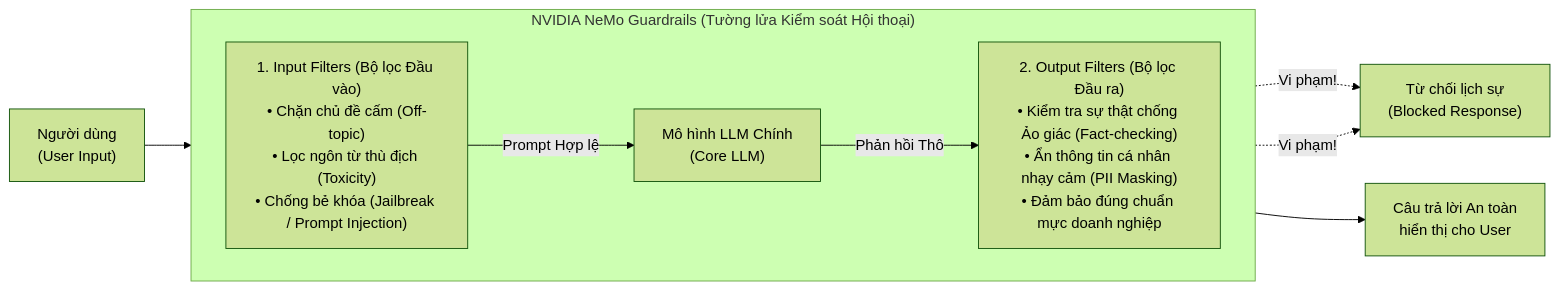
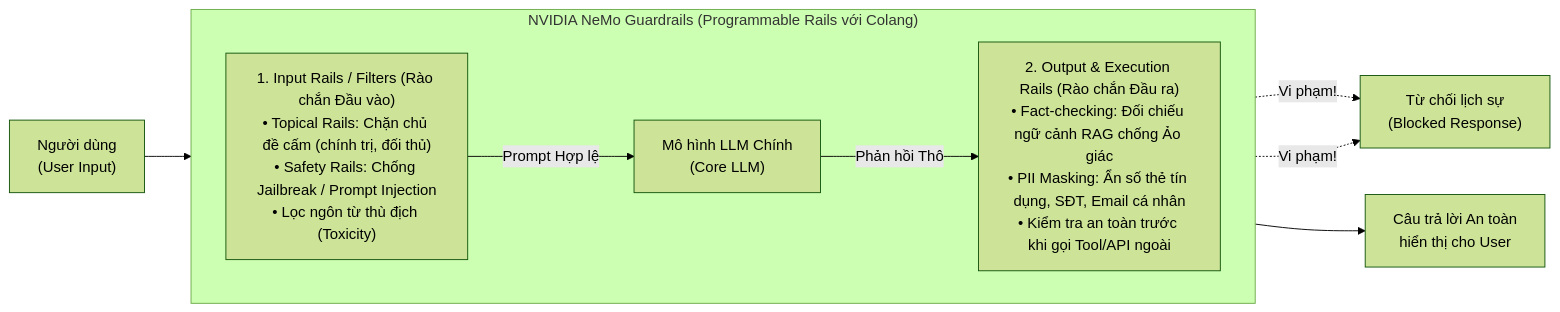
One commit to nxthanh2904/nca-genl changed the third of 4 diagrams in Module_09_Ethical_AI.md. Above: the diagram before and after it, drawn with Mermaid (forest theme). The commit also changed other lines of this file and 3 other files, not shown here.

````diff
--- a/Module_09_Ethical_AI.md
+++ b/Module_09_Ethical_AI.md
@@ -74,23 +77,23 @@
 ```mermaid
 flowchart LR
     User["Người dùng<br/>(User Input)"]
     
-    subgraph Guardrails["NVIDIA NeMo Guardrails (Tường lửa Kiểm soát Hội thoại)"]
+    subgraph Guardrails["NVIDIA NeMo Guardrails (Programmable Rails với Colang)"]
         direction LR
-        InFilter["1. Input Filters (Bộ lọc Đầu vào)<br/>• Chặn chủ đề cấm (Off-topic)<br/>• Lọc ngôn từ thù địch (Toxicity)<br/>• Chống bẻ khóa (Jailbreak / Prompt Injection)"]
+        InFilter["1. Input Rails / Filters (Rào chắn Đầu vào)<br/>• Topical Rails: Chặn chủ đề cấm (chính trị, đối thủ)<br/>• Safety Rails: Chống Jailbreak / Prompt Injection<br/>• Lọc ngôn từ thù địch (Toxicity)"]
         
         LLM["Mô hình LLM Chính<br/>(Core LLM)"]
         
-        OutFilter["2. Output Filters (Bộ lọc Đầu ra)<br/>• Kiểm tra sự thật chống Ảo giác (Fact-checking)<br/>• Ẩn thông tin cá nhân nhạy cảm (PII Masking)<br/>• Đảm bảo đúng chuẩn mực doanh nghiệp"]
+        OutFilter["2. Output & Execution Rails (Rào chắn Đầu ra)<br/>• Fact-checking: Đối chiếu ngữ cảnh RAG chống Ảo giác<br/>• PII Masking: Ẩn số thẻ tín dụng, SĐT, Email cá nhân<br/>• Kiểm tra an toàn trước khi gọi Tool/API ngoài"]
         
         InFilter -->|"Prompt Hợp lệ"| LLM -->|"Phản hồi Thô"| OutFilter
     end
 
     SafeAns["Câu trả lời An toàn<br/>hiển thị cho User"]
     Block["Từ chối lịch sự<br/>(Blocked Response)"]
 
     User --> InFilter
     InFilter -.->|"Vi phạm!"| Block
     OutFilter -.->|"Vi phạm!"| Block
     OutFilter --> SafeAns
 ```
````
